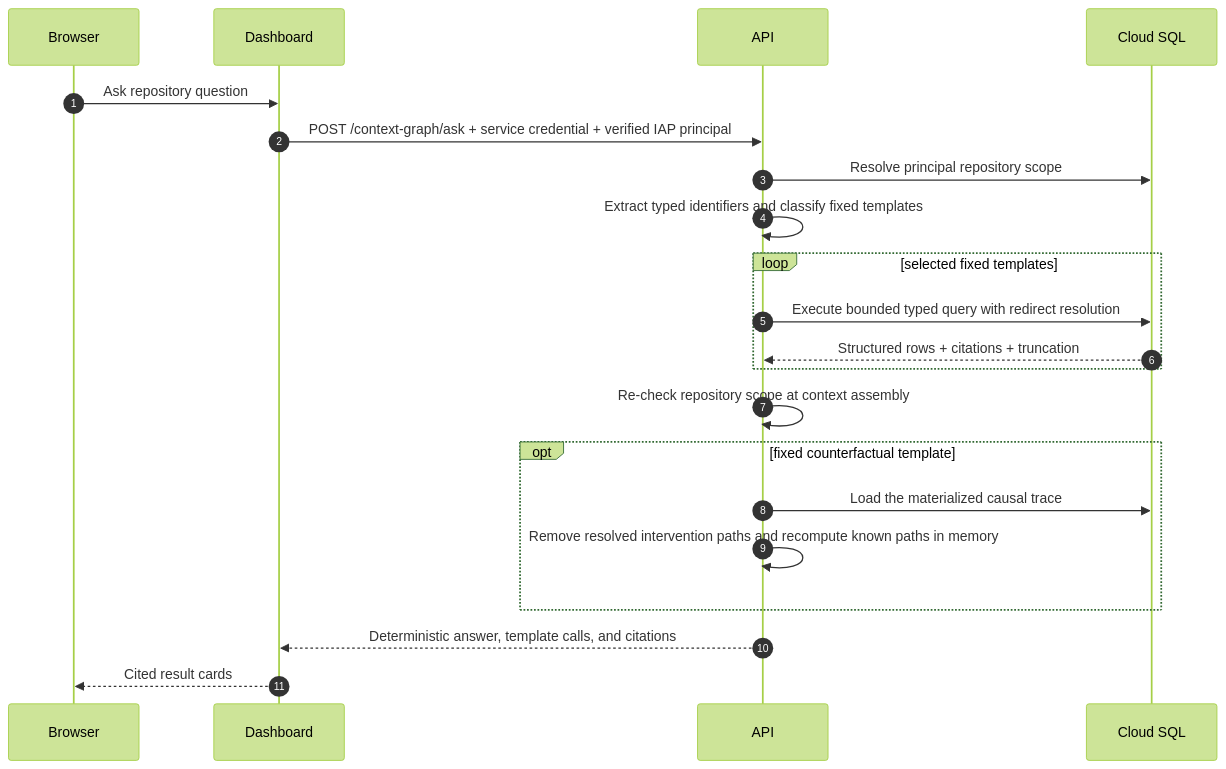
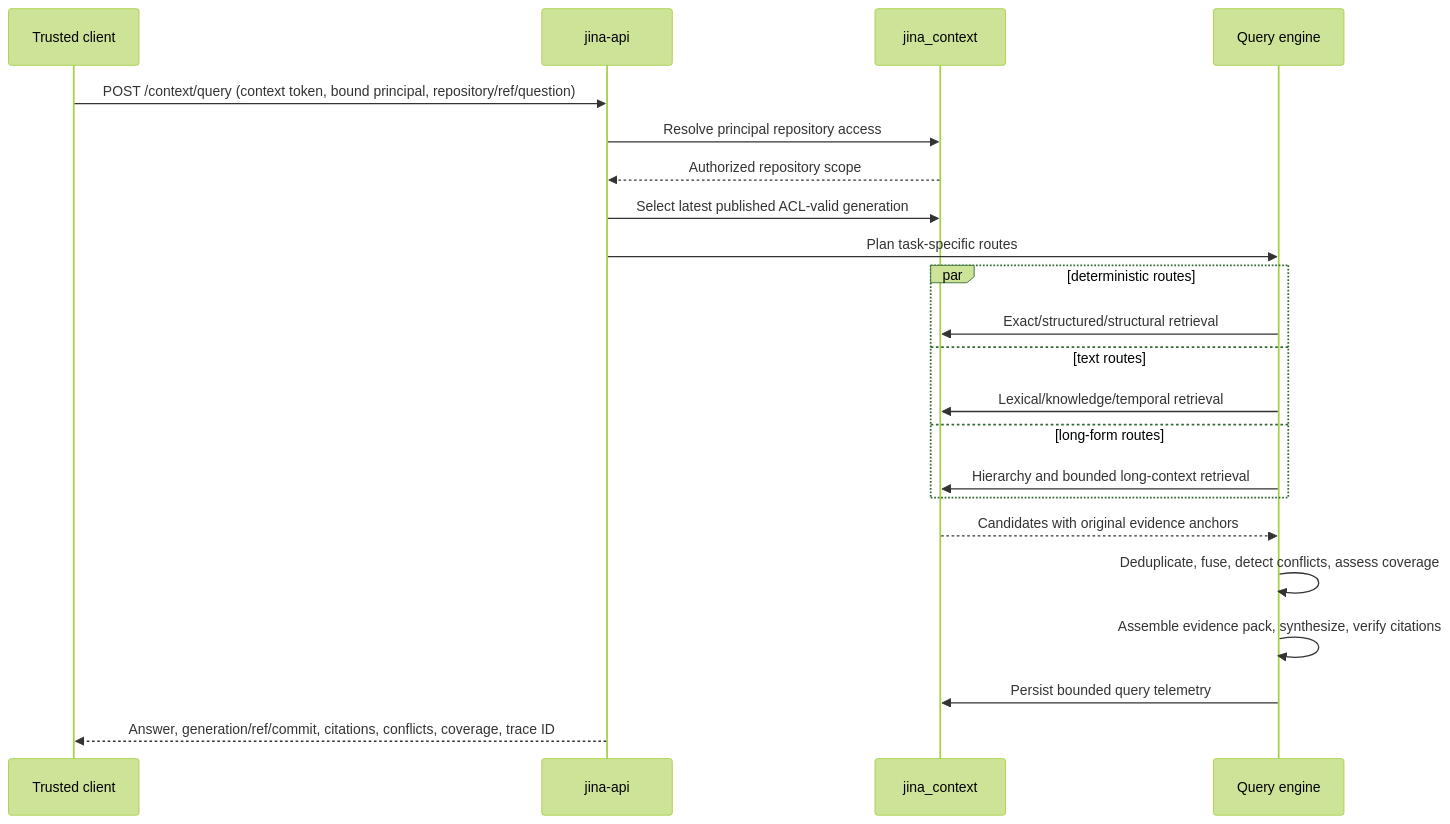
Before and after one commit to keon/jina-context-wiki-e2e-20260808: the fifth of 9 diagrams in docs/SEQUENCE_DIAGRAM.md, drawn with Mermaid (forest theme). The commit also changed other lines of this file and 183 other files, not shown here.

Commit message:
Replace graph runtime with context engine

````diff
--- a/docs/SEQUENCE_DIAGRAM.md
+++ b/docs/SEQUENCE_DIAGRAM.md
@@ -139,24 +110,25 @@
 ```mermaid
 sequenceDiagram
-    autonumber
-    participant Browser
-    participant Dashboard
-    participant API
-    participant DB as Cloud SQL
+    participant C as Trusted client
+    participant API as jina-api
+    participant DB as jina_context
+    participant QE as Query engine
 
-    Browser->>Dashboard: Ask repository question
-    Dashboard->>API: POST /context-graph/ask + service credential + verified IAP principal
-    API->>DB: Resolve principal repository scope
-    API->>API: Extract typed identifiers and classify fixed templates
-    loop selected fixed templates
-        API->>DB: Execute bounded typed query with redirect resolution
-        DB-->>API: Structured rows + citations + truncation
+    C->>API: POST /context/query (context token, bound principal, repository/ref/question)
+    API->>DB: Resolve principal repository access
+    DB-->>API: Authorized repository scope
+    API->>DB: Select latest published ACL-valid generation
+    API->>QE: Plan task-specific routes
+    par deterministic routes
+        QE->>DB: Exact/structured/structural retrieval
+    and text routes
+        QE->>DB: Lexical/knowledge/temporal retrieval
+    and long-form routes
+        QE->>DB: Hierarchy and bounded long-context retrieval
     end
-    API->>API: Re-check repository scope at context assembly
-    opt fixed counterfactual template
-        API->>DB: Load the materialized causal trace
-        API->>API: Remove resolved intervention paths and recompute known paths in memory
-    end
-    API-->>Dashboard: Deterministic answer, template calls, and citations
-    Dashboard-->>Browser: Cited result cards
+    DB-->>QE: Candidates with original evidence anchors
+    QE->>QE: Deduplicate, fuse, detect conflicts, assess coverage
+    QE->>QE: Assemble evidence pack, synthesize, verify citations
+    QE->>DB: Persist bounded query telemetry
+    API-->>C: Answer, generation/ref/commit, citations, conflicts, coverage, trace ID
 ```
````
